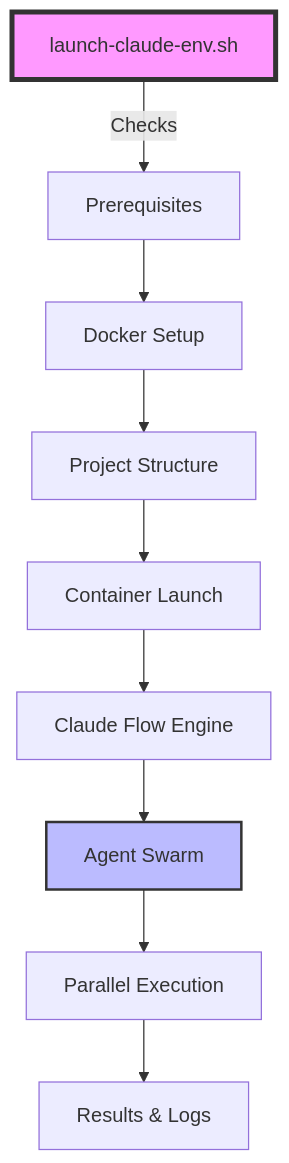
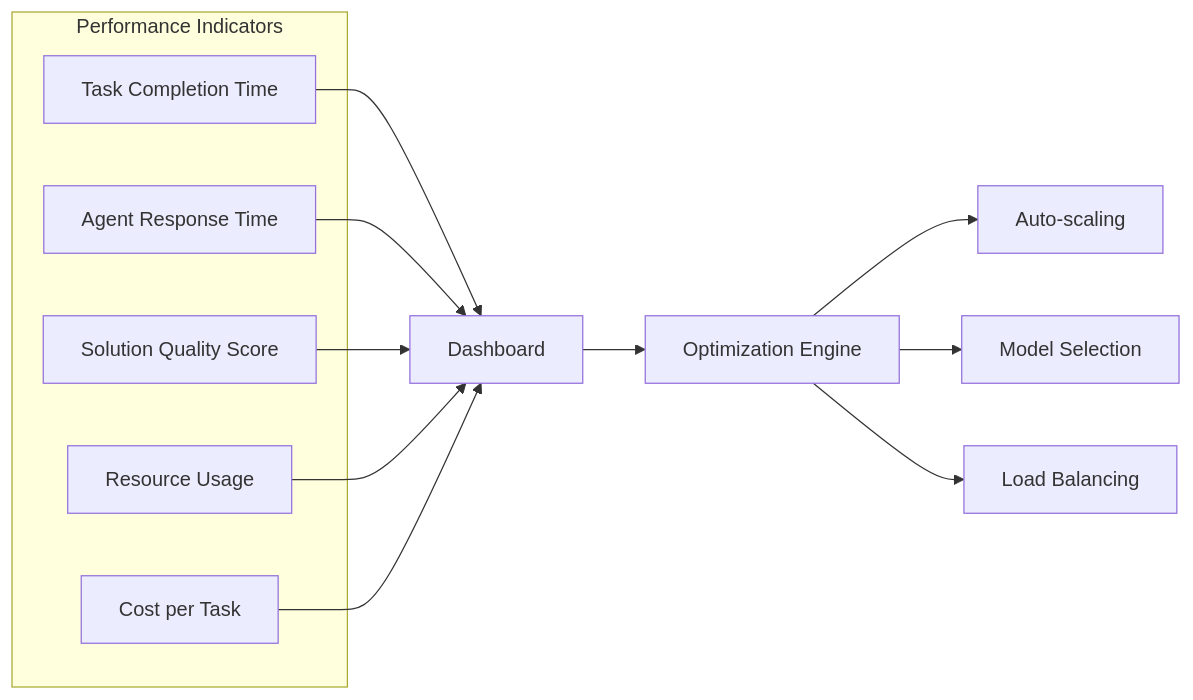
One commit to TheDreamLabUK/Claude-Swarm-Launcher changed the third of 5 diagrams in README.md. Above: the diagram before and after it, drawn with Mermaid. The commit also changed other lines of this file and 42 other files, not shown here.

````diff
--- a/README.md
+++ b/README.md
@@ -192,14 +337,21 @@
 ```mermaid
-graph TD
-    A[launch-claude-env.sh] -->|Checks| B[Prerequisites]
-    B --> C[Docker Setup]
-    C --> D[Project Structure]
-    D --> E[Container Launch]
-    E --> F[Claude Flow Engine]
-    F --> G[Agent Swarm]
-    G --> H[Parallel Execution]
-    H --> I[Results & Logs]
+graph LR
+    subgraph "Performance Indicators"
+        A[Task Completion Time]
+        B[Agent Response Time]
+        C[Solution Quality Score]
+        D[Resource Usage]
+        E[Cost per Task]
+    end
     
-    style A fill:#f9f,stroke:#333,stroke-width:4px
-    style G fill:#bbf,stroke:#333,stroke-width:2px
+    A --> F[Dashboard]
+    B --> F
+    C --> F
+    D --> F
+    E --> F
+    
+    F --> G[Optimization Engine]
+    G --> H[Auto-scaling]
+    G --> I[Model Selection]
+    G --> J[Load Balancing]
 ```
````
